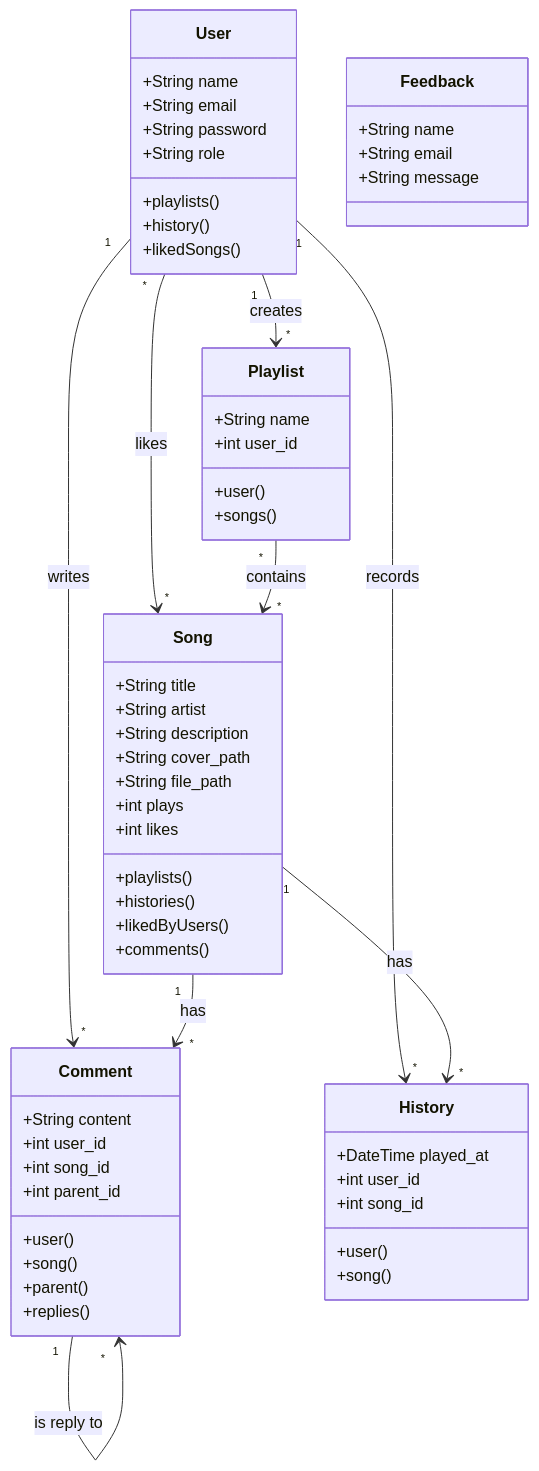
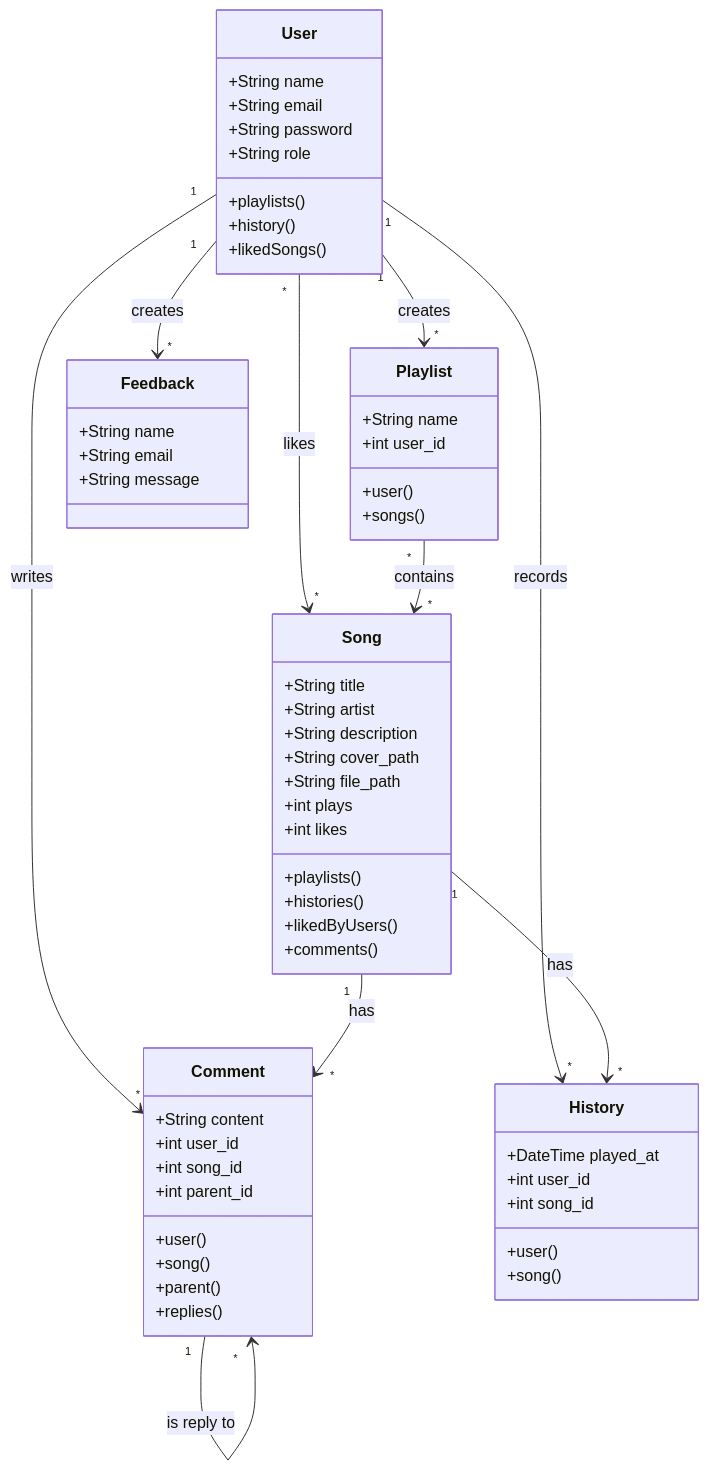
Before and after one commit to Ashlxxy/Tubes-Kelompok2-WebProPBO: the diagram in class_diagram.md, drawn with Mermaid.

Commit message:
perbaikan class diagram

````diff
--- a/class_diagram.md
+++ b/class_diagram.md
@@ -1,70 +1,71 @@
 ```mermaid
 classDiagram
     class User {
         +String name
         +String email
         +String password
         +String role
         +playlists()
         +history()
         +likedSongs()
     }
 
     class Song {
         +String title
         +String artist
         +String description
         +String cover_path
         +String file_path
         +int plays
         +int likes
         +playlists()
         +histories()
         +likedByUsers()
         +comments()
     }
 
     class Playlist {
         +String name
         +int user_id
         +user()
         +songs()
     }
 
     class Comment {
         +String content
         +int user_id
         +int song_id
         +int parent_id
         +user()
         +song()
         +parent()
         +replies()
     }
 
     class History {
         +DateTime played_at
         +int user_id
         +int song_id
         +user()
         +song()
     }
 
     class Feedback {
         +String name
         +String email
         +String message
     }
 
     User "1" --> "*" Playlist : creates
     User "1" --> "*" History : records
     User "*" --> "*" Song : likes
     User "1" --> "*" Comment : writes
+    User "1" --> "*" Feedback : creates
     
     Playlist "*" --> "*" Song : contains
     
     Song "1" --> "*" History : has
     Song "1" --> "*" Comment : has
     
     Comment "1" --> "*" Comment : is reply to
 ```
````
